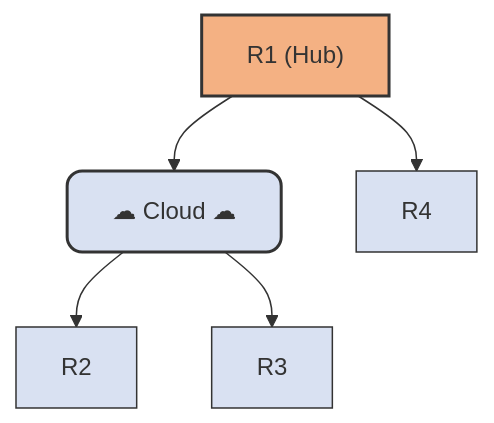
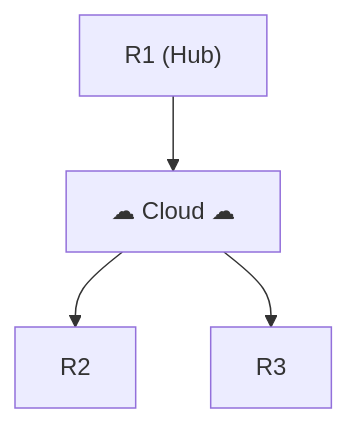
Before and after one commit to Rajeev-Tamang/OSPF: the fifth of 5 diagrams in Open Shortest Path First (OSPF).md, drawn with Mermaid. The commit also changed other lines of this file, not shown here.

Commit message:
Update Open Shortest Path First (OSPF).md

````diff
--- a/Open Shortest Path First (OSPF).md
+++ b/Open Shortest Path First (OSPF).md
@@ -269,13 +269,6 @@
 ```mermaid
 graph TD;
     R1["R1 (Hub)"] --> Cloud["☁ Cloud ☁"]
     Cloud --> R2["R2"]
-    Cloud --> R3["R3"]
-    R1 --> R4["R4"]
-    
-    style R1 fill:#f4b183,stroke:#333,stroke-width:2px
-    style Cloud fill:#d9e1f2,stroke:#333,stroke-width:2px,rx:10,ry:10
-    style R2 fill:#d9e1f2,stroke:#333,stroke-width:1px
-    style R3 fill:#d9e1f2,stroke:#333,stroke-width:1px
-    style R4 fill:#d9e1f2,stroke:#333,stroke-width:1px
+    Cloud --> R3["R3"]    
 ```
````
